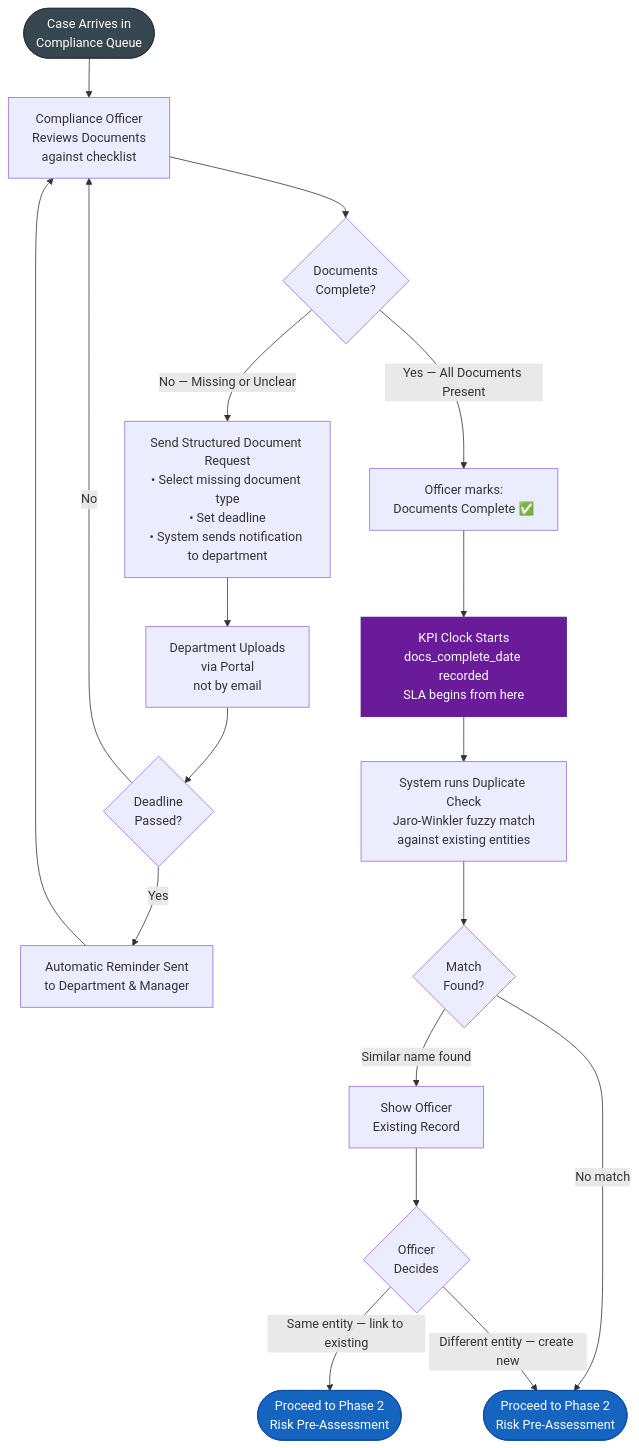
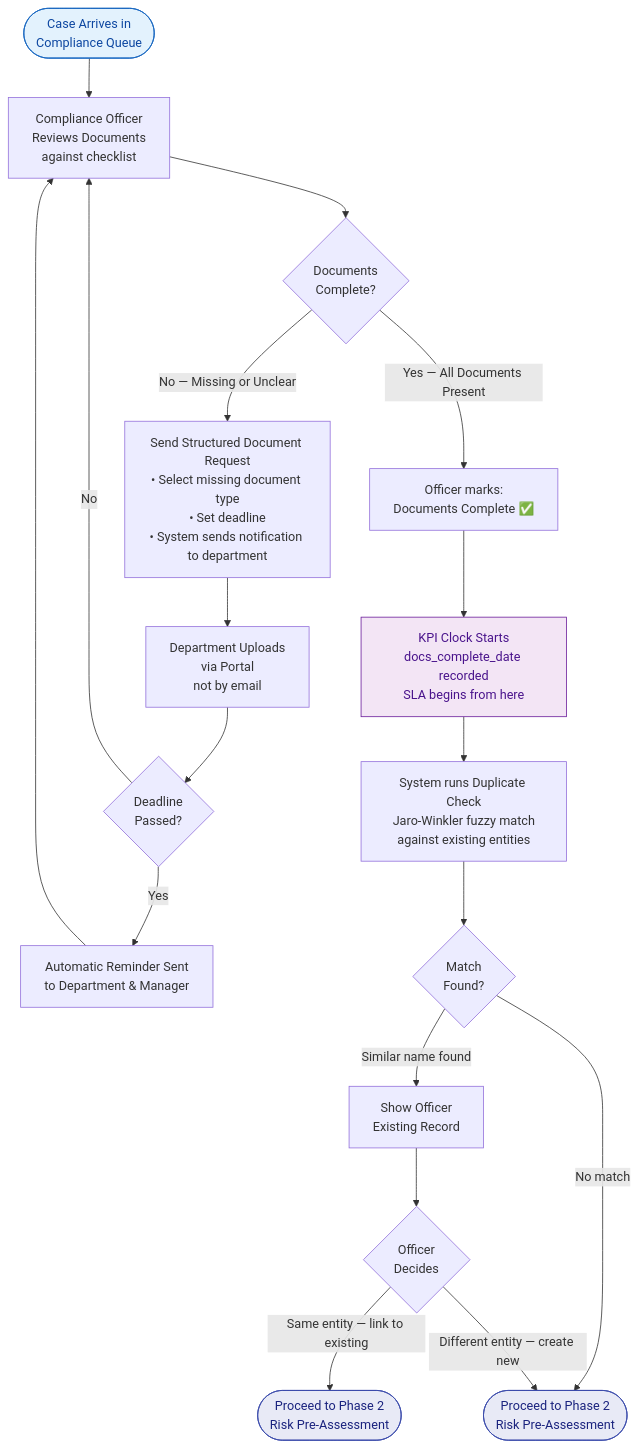
One commit to mazharr-hussain/KycReport changed the second of 2 diagrams in docs/diagrams/intake-flow.md. Above: the diagram before and after it, drawn with Mermaid. The commit also changed other lines of this file and 7 other files, not shown here.

First line of the commit message:
Switch all diagrams to light pastel palette with dark text

````diff
--- a/docs/diagrams/intake-flow.md
+++ b/docs/diagrams/intake-flow.md
@@ -41,44 +41,44 @@
 ```mermaid
 flowchart TD
     CASE([Case Arrives in\nCompliance Queue]) --> OFFICER
 
     OFFICER[Compliance Officer\nReviews Documents\nagainst checklist]
 
     OFFICER --> CHECK{Documents\nComplete?}
 
     CHECK -->|No — Missing or Unclear| RFQ
     CHECK -->|Yes — All Documents Present| CONFIRM
 
     RFQ[Send Structured Document Request\n• Select missing document type\n• Set deadline\n• System sends notification to department]
 
     RFQ --> DEPT_UPLOAD[Department Uploads\nvia Portal\nnot by email]
 
     DEPT_UPLOAD --> AUTO_REMIND{Deadline\nPassed?}
     AUTO_REMIND -->|Yes| REMINDER[Automatic Reminder Sent\nto Department & Manager]
     AUTO_REMIND -->|No| OFFICER
 
     REMINDER --> OFFICER
 
     CONFIRM[Officer marks:\nDocuments Complete ✅]
     CONFIRM --> KPI_START[KPI Clock Starts\ndocs_complete_date recorded\nSLA begins from here]
 
     KPI_START --> DUP_CHECK
 
     DUP_CHECK[System runs Duplicate Check\nJaro-Winkler fuzzy match\nagainst existing entities]
 
     DUP_CHECK --> DUP{Match\nFound?}
     DUP -->|Similar name found| SHOW_MATCH[Show Officer\nExisting Record]
     DUP -->|No match| CREATE_ENTITY
 
     SHOW_MATCH --> OFFICER_DECIDE{Officer\nDecides}
     OFFICER_DECIDE -->|Same entity — link to existing| LINK[Link to Existing Entity\nNo duplicate created]
     OFFICER_DECIDE -->|Different entity — create new| CREATE_ENTITY
 
     CREATE_ENTITY([Proceed to Phase 2\nRisk Pre-Assessment])
     LINK([Proceed to Phase 2\nRisk Pre-Assessment])
 
-    style CASE fill:#37474F,color:#fff,stroke:#263238
-    style KPI_START fill:#6A1B9A,color:#fff,stroke:#4A148C
-    style CREATE_ENTITY fill:#1565C0,color:#fff,stroke:#0D47A1
-    style LINK fill:#1565C0,color:#fff,stroke:#0D47A1
+    style CASE fill:#E3F2FD,color:#0D47A1,stroke:#1565C0
+    style KPI_START fill:#F3E5F5,color:#4A148C,stroke:#6A1B9A
+    style CREATE_ENTITY fill:#E8EAF6,color:#1A237E,stroke:#3949AB
+    style LINK fill:#E8EAF6,color:#1A237E,stroke:#3949AB
 ```
````
